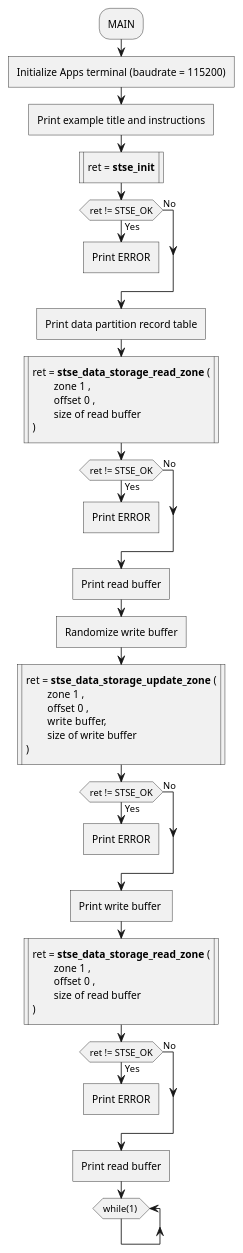
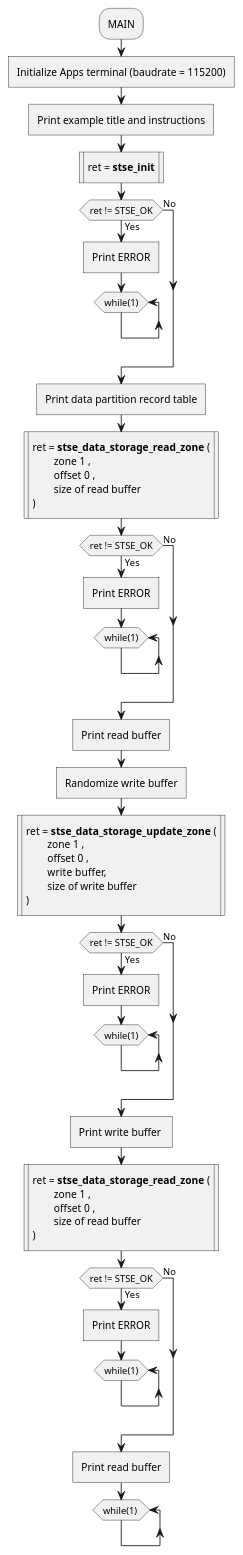
The diagram in Documentation/resources/Markdown/03_Project_examples_description/secure_data_storage_zone_access/STSAFE-A120_secure_data_storage_zone_access.md (Grom-perso/STSAFE-A120_examples_dev), drawn with PlantUML before and after one commit. The commit also changed other lines of this file and 54 other files, not shown here.

```diff
--- a/Documentation/resources/Markdown/03_Project_examples_description/secure_data_storage_zone_access/STSAFE-A120_secure_data_storage_zone_access.md
+++ b/Documentation/resources/Markdown/03_Project_examples_description/secure_data_storage_zone_access/STSAFE-A120_secure_data_storage_zone_access.md
@@ -15,63 +15,71 @@
-@startuml{STSAFE-A120_secure_data_storage_zone_access.png} "STSAFE-A120_Device_authentication Example flowchart" width=5cm
+@startuml "STSAFE-A120_Device_authentication Example flowchart" width=5cm
 
 	:MAIN;
 	:Initialize Apps terminal (baudrate = 115200)]
 	:Print example title and instructions]
 	:ret = <b>stse_init</b>|
 	if(ret != STSE_OK) then (No)
 	else (Yes)
 		:Print ERROR]
+		while (while(1))
+		end while
 		-[hidden]->
 		detach
 	endif
 	
 	:Print data partition record table]
 	
 	:ret = <b>stse_data_storage_read_zone</b> (
 	\tzone 1 , 
 	\toffset 0 , 
 	\tsize of read buffer
 	)|
 	if(ret != STSE_OK) then (No)
 	else (Yes)
 		:Print ERROR]
+		while (while(1))
+		end while
 		-[hidden]->
 		detach
 	endif
 	
 	:Print read buffer]
 	:Randomize write buffer]
 	
 	:ret = <b>stse_data_storage_update_zone</b> (
 	\tzone 1 ,
 	\toffset 0 , 
 	\twrite buffer,
 	\tsize of write buffer
 	)|
 	if(ret != STSE_OK) then (No)
 	else (Yes)
 		:Print ERROR]
+		while (while(1))
+		end while
 		-[hidden]->
 		detach
 	endif
 	:Print write buffer ]
 	
 	:ret = <b>stse_data_storage_read_zone</b> (
 	\tzone 1 , 
 	\toffset 0 , 
 	\tsize of read buffer
 	)|
 	if(ret != STSE_OK) then (No)
 	else (Yes)
 		:Print ERROR]
+		while (while(1))
+		end while
 		-[hidden]->
 		detach
 	endif
 	
 	:Print read buffer]
 	
 	while (while(1) )
 	end while
 	-[hidden]->
 	detach
 @enduml
```
